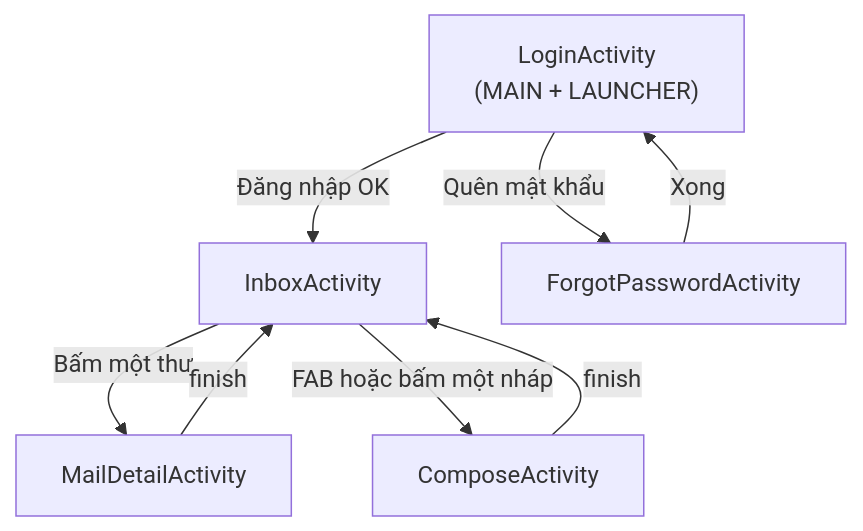
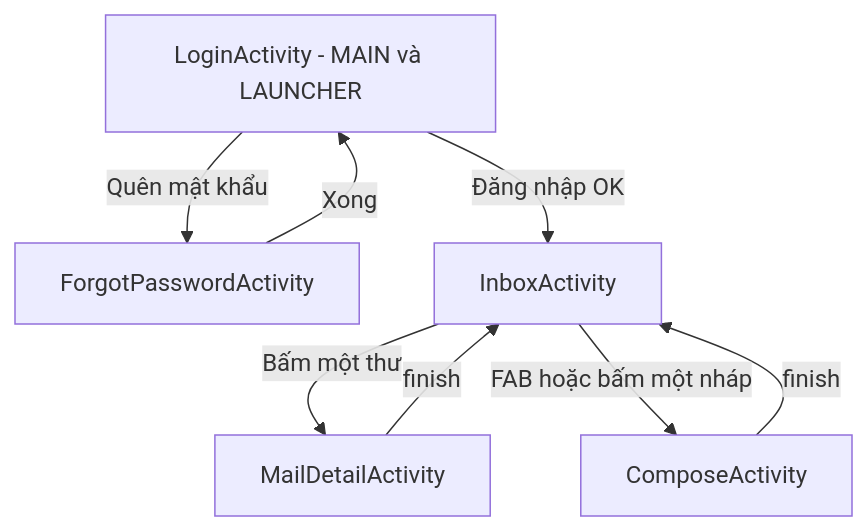
Before and after one commit to Dak1096/MobileDev_2026: the first of 7 diagrams in README.md, drawn with Mermaid. The commit also changed other lines of this file, not shown here.

Commit message:
Update flowcharts in README for clarity

````diff
--- a/README.md
+++ b/README.md
@@ -91,10 +91,15 @@
 ```mermaid
 flowchart TD
-    L["LoginActivity<br/>(MAIN + LAUNCHER)"] -->|Đăng nhập OK| I[InboxActivity]
-    L -->|Quên mật khẩu| F[ForgotPasswordActivity]
-    F -->|Xong| L
-    I -->|Bấm một thư| D[MailDetailActivity]
-    I -->|FAB hoặc bấm một nháp| C[ComposeActivity]
-    D -->|finish| I
-    C -->|finish| I
+    L["LoginActivity - MAIN và LAUNCHER"]
+    F["ForgotPasswordActivity"]
+    I["InboxActivity"]
+    D["MailDetailActivity"]
+    C["ComposeActivity"]
+    L -->|"Đăng nhập OK"| I
+    L -->|"Quên mật khẩu"| F
+    F -->|"Xong"| L
+    I -->|"Bấm một thư"| D
+    I -->|"FAB hoặc bấm một nháp"| C
+    D -->|"finish"| I
+    C -->|"finish"| I
 ```
````
